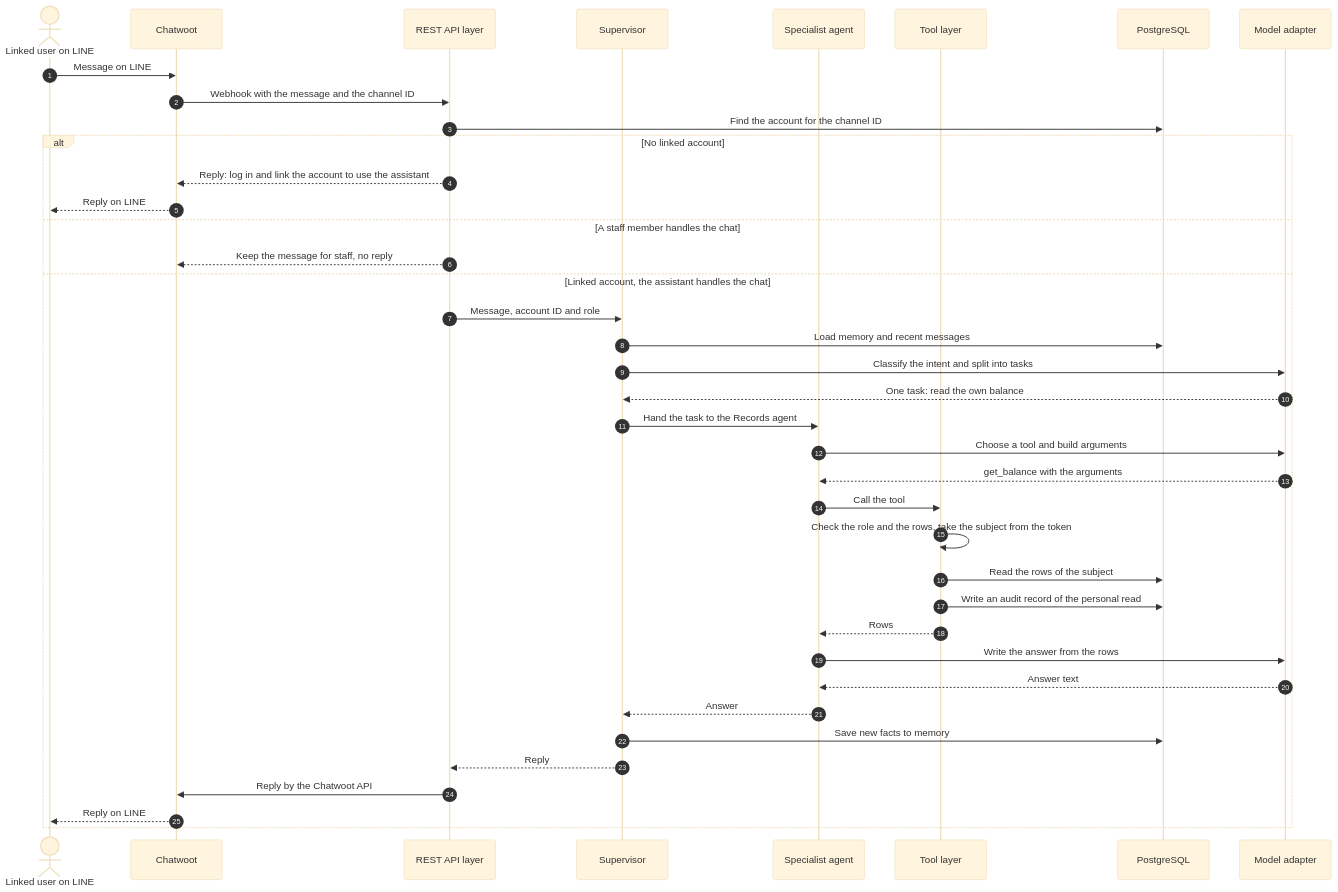
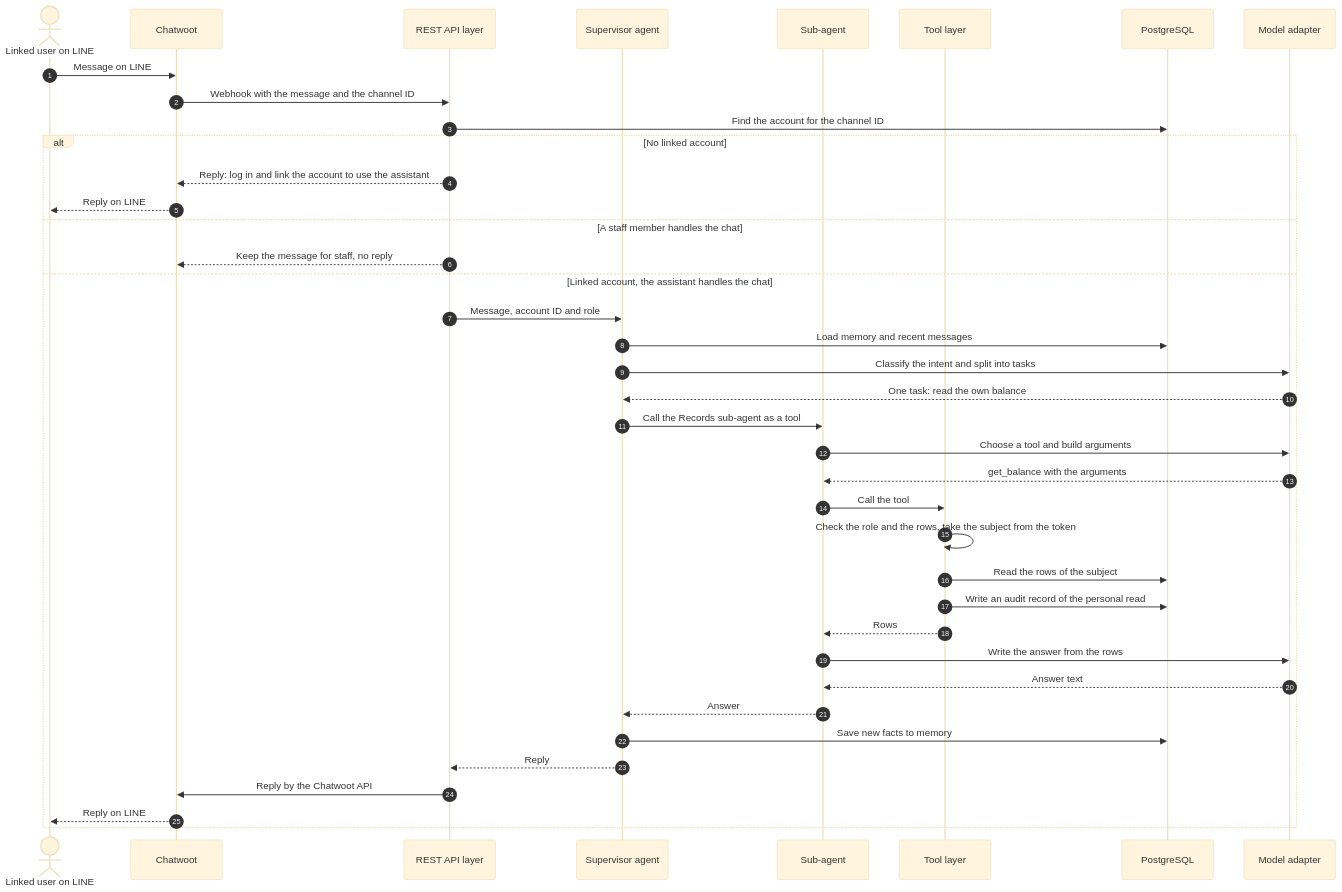
The fourth of 11 diagrams in design/diagrams/diagrams-source.md (SaiWaiYanLynn/smart-university-website), drawn with Mermaid (base theme) before and after one commit. The commit also changed other lines of this file and 29 other files, not shown here.

Commit message:
Updated diagrams for supervisor with sub-agents and the new staff and instructor pages

````diff
--- a/design/diagrams/diagrams-source.md
+++ b/design/diagrams/diagrams-source.md
@@ -704,42 +715,42 @@
 ```mermaid
 sequenceDiagram
   autonumber
   actor U as Linked user on LINE
   participant CW as Chatwoot
   participant API as REST API layer
-  participant SUP as Supervisor
-  participant AG as Specialist agent
+  participant SUP as Supervisor agent
+  participant AG as Sub-agent
   participant TL as Tool layer
   participant DB as PostgreSQL
   participant LLM as Model adapter
 
   U->>CW: Message on LINE
   CW->>API: Webhook with the message and the channel ID
   API->>DB: Find the account for the channel ID
   alt No linked account
     API-->>CW: Reply: log in and link the account to use the assistant
     CW-->>U: Reply on LINE
   else A staff member handles the chat
     API-->>CW: Keep the message for staff, no reply
   else Linked account, the assistant handles the chat
     API->>SUP: Message, account ID and role
     SUP->>DB: Load memory and recent messages
     SUP->>LLM: Classify the intent and split into tasks
     LLM-->>SUP: One task: read the own balance
-    SUP->>AG: Hand the task to the Records agent
+    SUP->>AG: Call the Records sub-agent as a tool
     AG->>LLM: Choose a tool and build arguments
     LLM-->>AG: get_balance with the arguments
     AG->>TL: Call the tool
     TL->>TL: Check the role and the rows, take the subject from the token
     TL->>DB: Read the rows of the subject
     TL->>DB: Write an audit record of the personal read
     TL-->>AG: Rows
     AG->>LLM: Write the answer from the rows
     LLM-->>AG: Answer text
     AG-->>SUP: Answer
     SUP->>DB: Save new facts to memory
     SUP-->>API: Reply
     API->>CW: Reply by the Chatwoot API
     CW-->>U: Reply on LINE
   end
 ```
````
